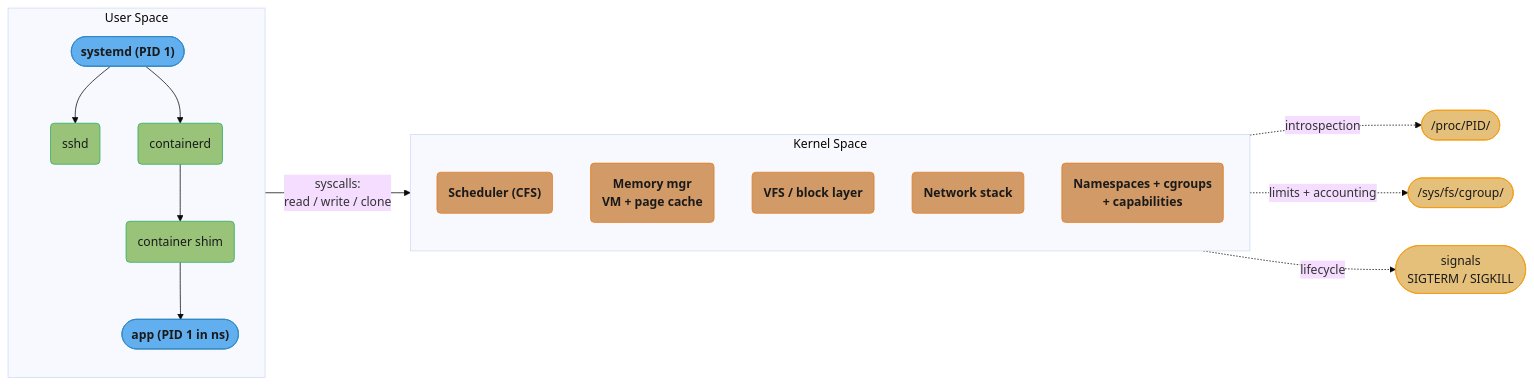
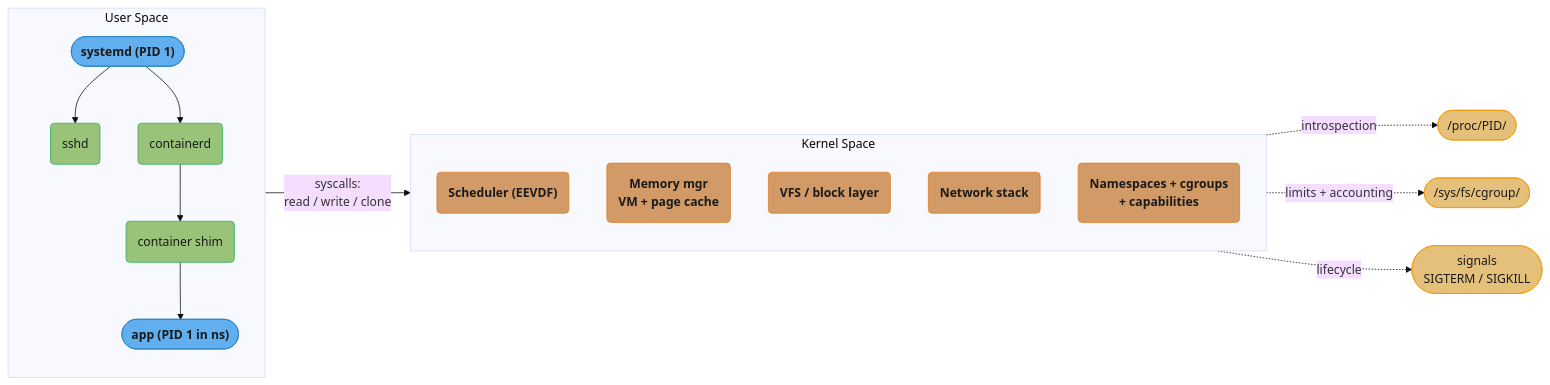
Before and after one commit to rppol/system-design: the first of 5 diagrams in src/main/java/com/rutik/systemdesign/devops/linux_and_os_fundamentals/linux_and_os_fundamentals.md, drawn with Mermaid (base theme). The commit also changed other lines of this file and 32 other files, not shown here.

````diff
--- a/src/main/java/com/rutik/systemdesign/devops/linux_and_os_fundamentals/linux_and_os_fundamentals.md
+++ b/src/main/java/com/rutik/systemdesign/devops/linux_and_os_fundamentals/linux_and_os_fundamentals.md
@@ -80,37 +80,37 @@
 ```mermaid
 flowchart LR
     classDef io      fill:#61afef,stroke:#2e86c1,color:#1a1a1a,font-weight:bold
     classDef frozen  fill:#c678dd,stroke:#9b59b6,color:#fff
     classDef train   fill:#98c379,stroke:#27ae60,color:#1a1a1a
     classDef mathOp  fill:#d19a66,stroke:#e67e22,color:#1a1a1a,font-weight:bold
     classDef lossN   fill:#e06c75,stroke:#c0392b,color:#fff,font-weight:bold
     classDef req     fill:#56b6c2,stroke:#0097a7,color:#1a1a1a
     classDef base    fill:#e5c07b,stroke:#f39c12,color:#1a1a1a
 
     subgraph US["User Space"]
         direction TB
         systemd(["systemd (PID 1)"]) --> sshdProc(sshd)
         systemd --> ctrd(containerd)
         ctrd --> shim(container shim)
         shim --> app(["app (PID 1 in ns)"])
     end
 
     subgraph KS["Kernel Space"]
         direction TB
-        sched("Scheduler (CFS)")
+        sched("Scheduler (EEVDF)")
         memmgr("Memory mgr<br/>VM + page cache")
         vfs("VFS / block layer")
         net(Network stack)
         nsc("Namespaces + cgroups<br/>+ capabilities")
     end
 
     app -->|"syscalls:<br/>read / write / clone"| KS
     KS -.->|introspection| procfs(["/proc/PID/"])
     KS -.->|"limits + accounting"| cgroupfs(["/sys/fs/cgroup/"])
     KS -.->|lifecycle| signals(["signals<br/>SIGTERM / SIGKILL"])
 
     class systemd,app io
     class sshdProc,ctrd,shim train
     class sched,memmgr,vfs,net,nsc mathOp
     class procfs,cgroupfs,signals base
 ```
````
